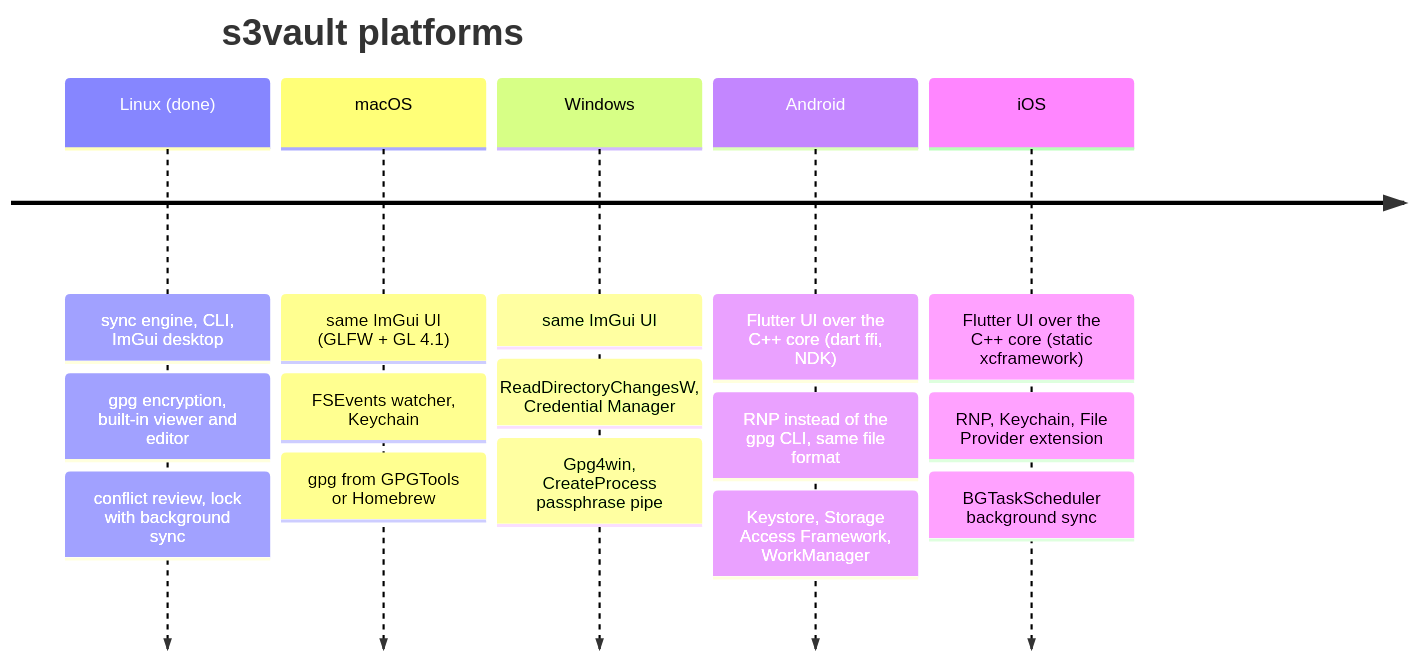
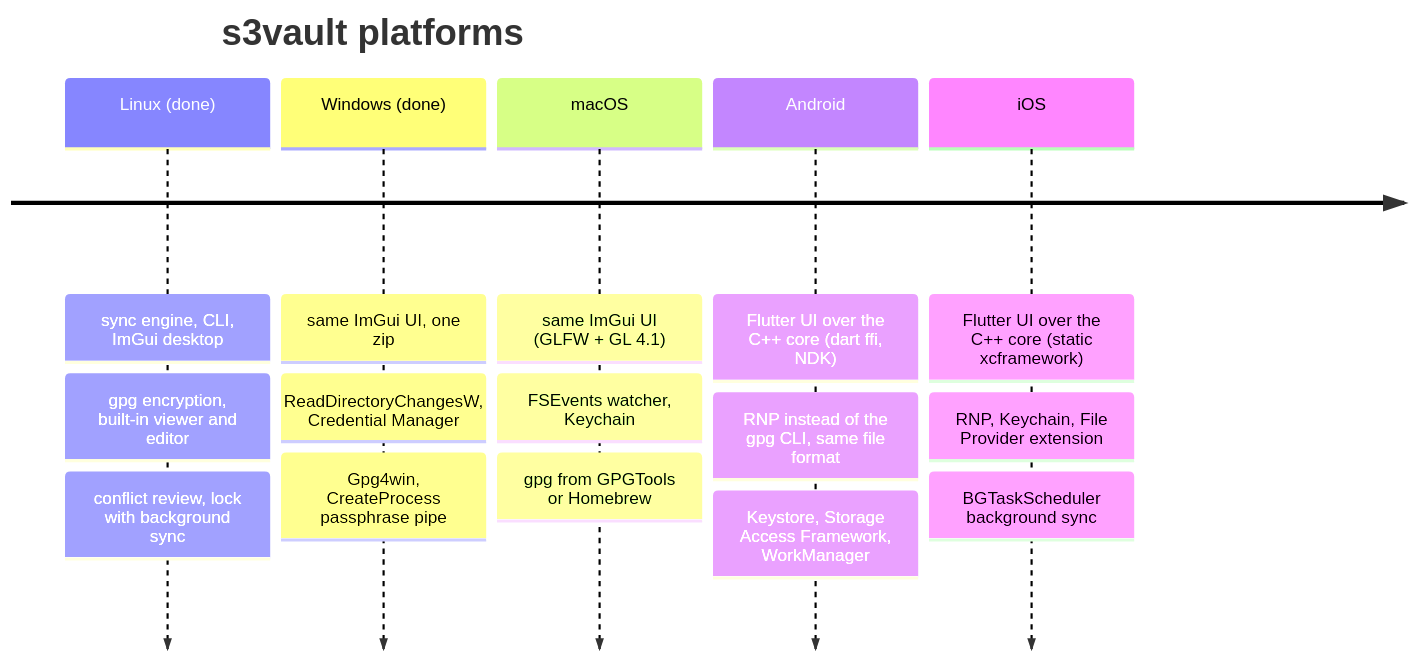
The seventh of 7 diagrams in README.md (jstdlee/s3vault), drawn with Mermaid before and after one commit. The commit also changed other lines of this file and 2 other files, not shown here.

Commit message:
README/PLAN: Windows download, build and status; Windows screenshot in the gallery

````diff
--- a/README.md
+++ b/README.md
@@ -377,19 +405,19 @@
 ```mermaid
 timeline
     title s3vault platforms
     Linux (done) : sync engine, CLI, ImGui desktop
                  : gpg encryption, built-in viewer and editor
                  : conflict review, lock with background sync
+    Windows (done) : same ImGui UI, one zip
+                   : ReadDirectoryChangesW, Credential Manager
+                   : Gpg4win, CreateProcess passphrase pipe
     macOS : same ImGui UI (GLFW + GL 4.1)
           : FSEvents watcher, Keychain
           : gpg from GPGTools or Homebrew
-    Windows : same ImGui UI
-            : ReadDirectoryChangesW, Credential Manager
-            : Gpg4win, CreateProcess passphrase pipe
     Android : Flutter UI over the C++ core (dart ffi, NDK)
             : RNP instead of the gpg CLI, same file format
             : Keystore, Storage Access Framework, WorkManager
     iOS : Flutter UI over the C++ core (static xcframework)
         : RNP, Keychain, File Provider extension
         : BGTaskScheduler background sync
 ```
````
